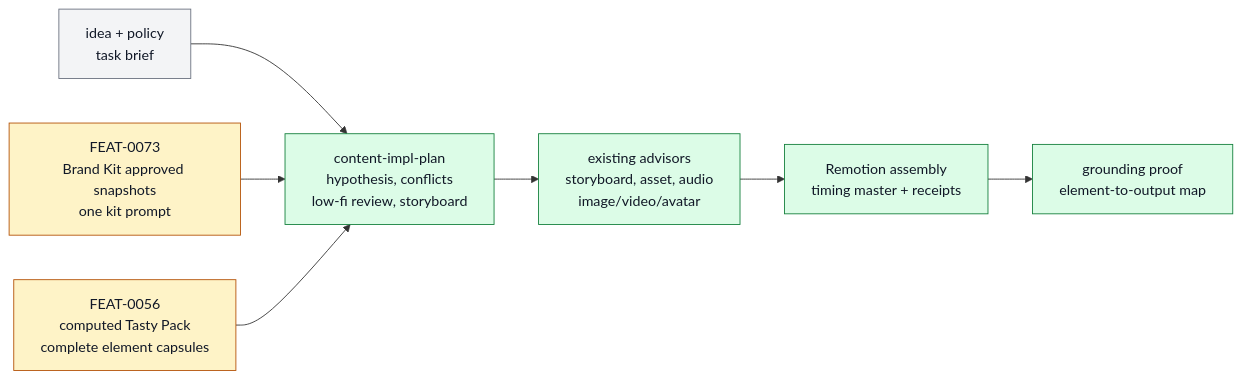
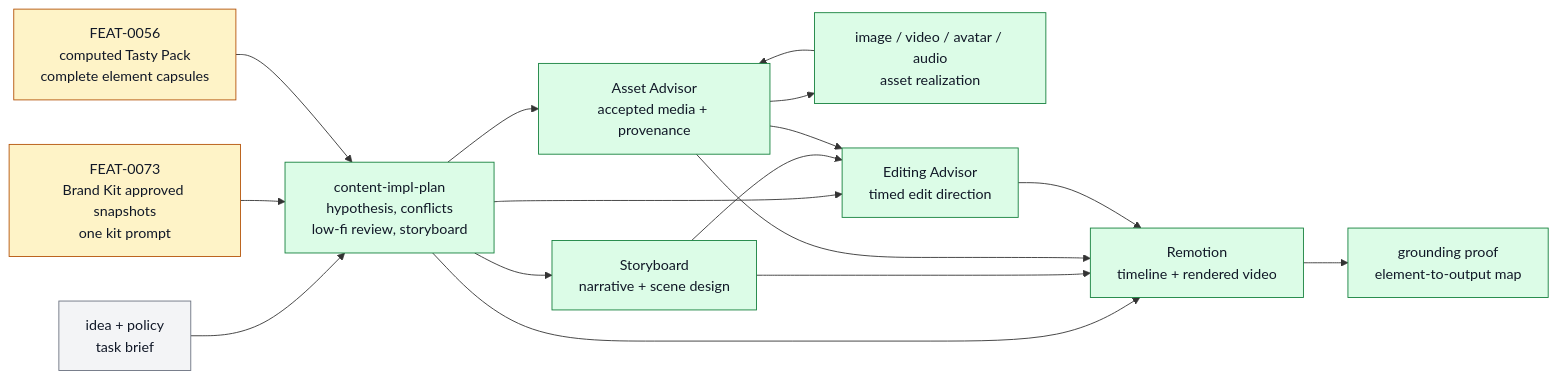
The diagram in docs/systems/content-production.md (ZanarkandTechnologies/Farplane), drawn with Mermaid before and after one commit. The commit also changed other lines of this file and 82 other files, not shown here.

Commit message:
feat(creative): add media production advisor workflows

````diff
--- a/docs/systems/content-production.md
+++ b/docs/systems/content-production.md
@@ -105,19 +118,33 @@
 ```mermaid
 flowchart LR
   classDef keep fill:#f3f4f6,stroke:#6b7280,color:#111827
   classDef changed fill:#fef3c7,stroke:#b45309,color:#111827
   classDef added fill:#dcfce7,stroke:#15803d,color:#111827
 
   idea["idea + policy<br/>task brief"]:::keep
   kit["FEAT-0073<br/>Brand Kit approved snapshots<br/>one kit prompt"]:::changed
   tasty["FEAT-0056<br/>computed Tasty Pack<br/>complete element capsules"]:::changed
   plan["content-impl-plan<br/>hypothesis, conflicts<br/>low-fi review, storyboard"]:::added
-  advisors["existing advisors<br/>storyboard, asset, audio<br/>image/video/avatar"]:::added
-  render["Remotion assembly<br/>timing master + receipts"]:::added
+  storyboard["Storyboard<br/>narrative + scene design"]:::added
+  assets["Asset Advisor<br/>accepted media + provenance"]:::added
+  generation["image / video / avatar / audio<br/>asset realization"]:::added
+  edit["Editing Advisor<br/>timed edit direction"]:::added
+  render["Remotion<br/>timeline + rendered video"]:::added
   proof["grounding proof<br/>element-to-output map"]:::added
 
   idea --> plan
   kit --> plan
   tasty --> plan
-  plan --> advisors --> render --> proof
+  plan --> storyboard
+  plan --> assets
+  assets --> generation
+  generation --> assets
+  plan --> edit
+  storyboard --> edit
+  assets --> edit
+  plan --> render
+  storyboard --> render
+  assets --> render
+  edit --> render
+  render --> proof
 ```
````
